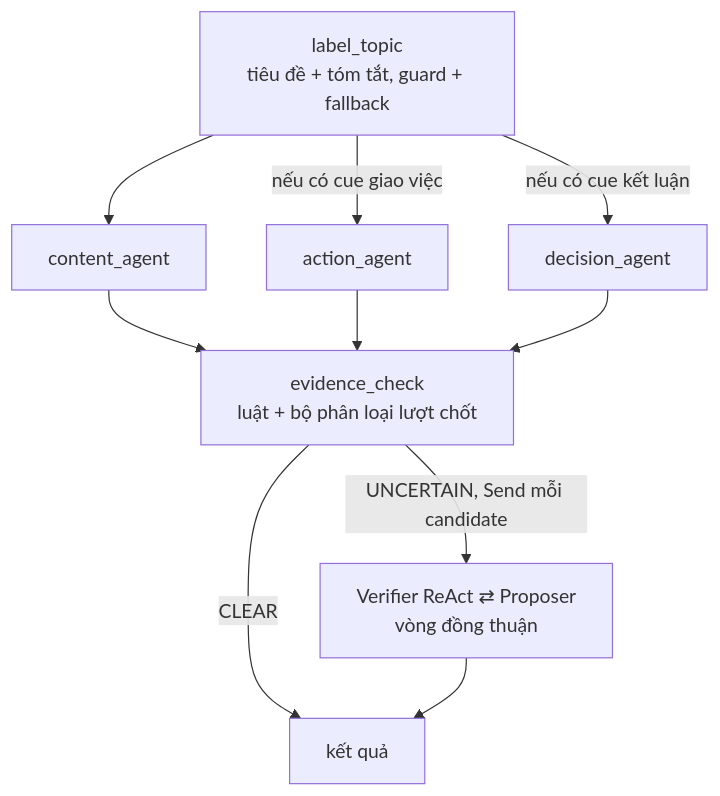
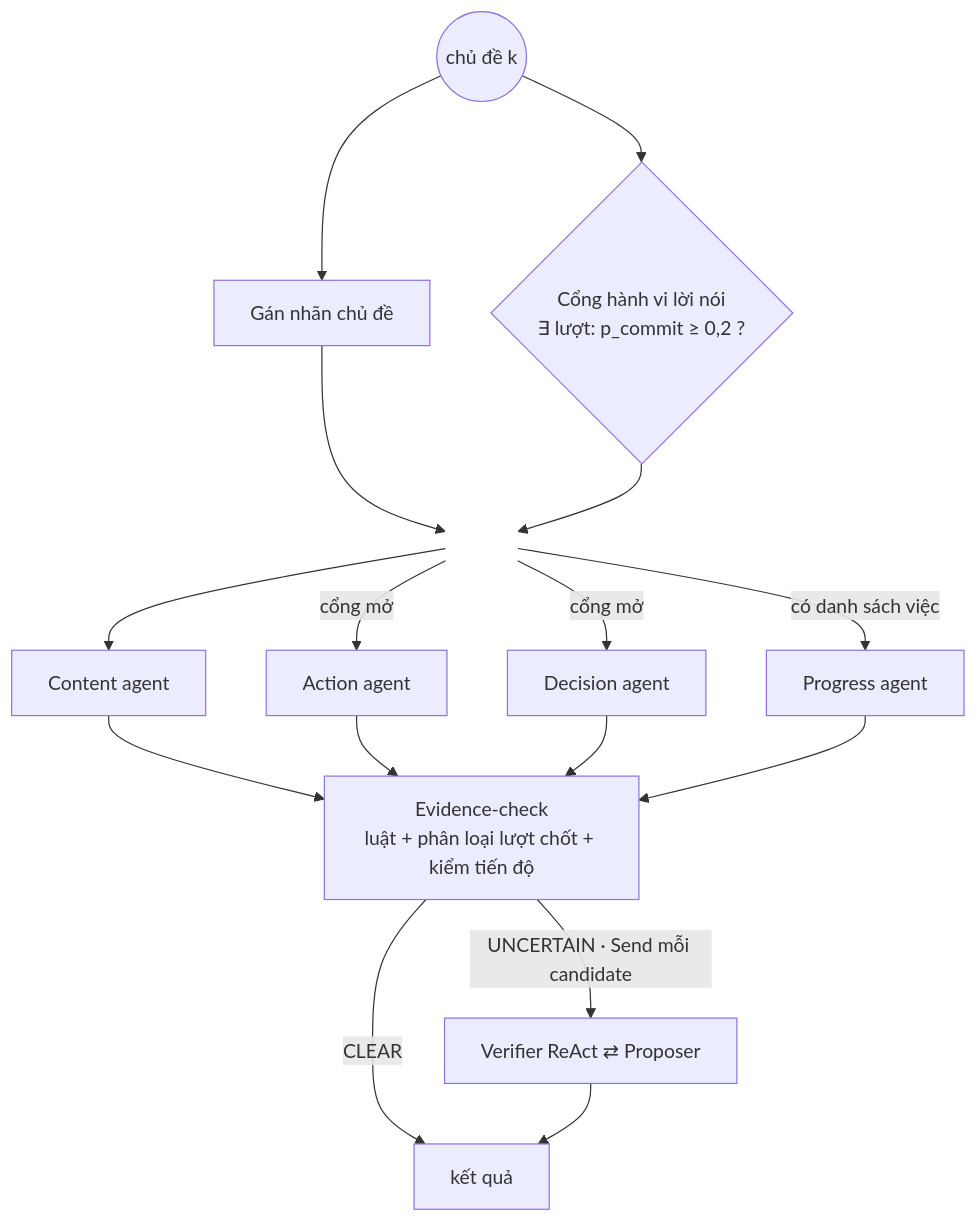
Before and after one commit to Audrey178/meeting_analysis: the second of 2 diagrams in meeting_analysis/paper/PAPER.md, drawn with Mermaid. The commit also changed other lines of this file, not shown here.

````diff
--- a/meeting_analysis/paper/PAPER.md
+++ b/meeting_analysis/paper/PAPER.md
@@ -163,10 +188,16 @@
 ```mermaid
 flowchart TB
-  L[label_topic<br/>tiêu đề + tóm tắt, guard + fallback] --> C1[content_agent]
-  L -->|nếu có cue giao việc| C2[action_agent]
-  L -->|nếu có cue kết luận| C3[decision_agent]
-  C1 & C2 & C3 --> EC[evidence_check<br/>luật + bộ phân loại lượt chốt]
-  EC -->|CLEAR| OUT[kết quả]
-  EC -->|UNCERTAIN, Send mỗi candidate| V[Verifier ReAct ⇄ Proposer<br/>vòng đồng thuận]
-  V --> OUT
+  S((chủ đề k)) --> L[Gán nhãn chủ đề]
+  S --> G{Cổng hành vi lời nói<br/>∃ lượt: p_commit ≥ 0,2 ?}
+  L --> X[ ]:::j
+  G --> X
+  X --> CA[Content agent]
+  X -->|cổng mở| AA[Action agent]
+  X -->|cổng mở| DA[Decision agent]
+  X -->|có danh sách việc| PA[Progress agent]
+  CA & AA & DA & PA --> EC[Evidence‑check<br/>luật + phân loại lượt chốt + kiểm tiến độ]
+  EC -->|CLEAR| O[kết quả]
+  EC -->|UNCERTAIN · Send mỗi candidate| V[Verifier ReAct ⇄ Proposer]
+  V --> O
+  classDef j fill:none,stroke:none
 ```
````
